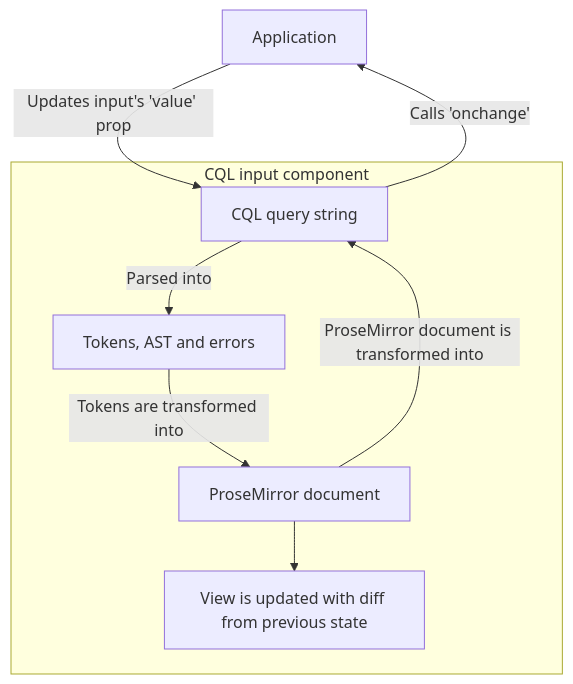
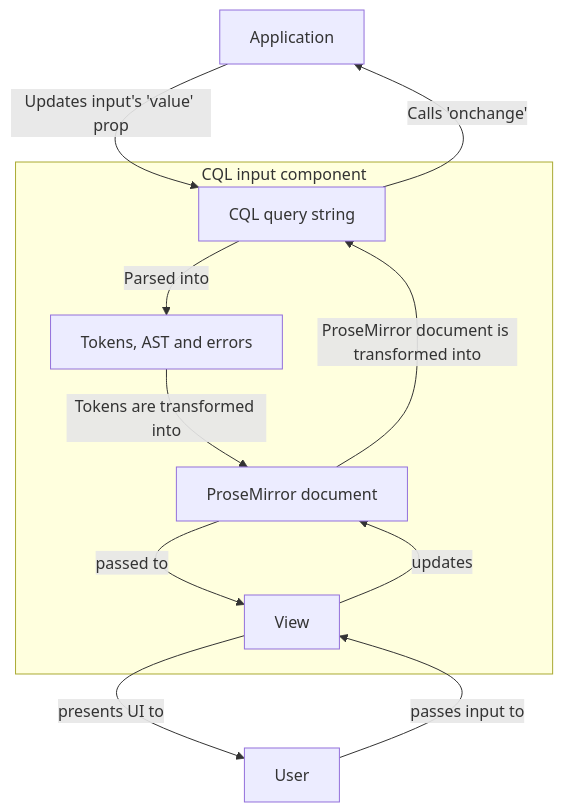
Before and after one commit to guardian/cql: the diagram in README.md, drawn with Mermaid.

````diff
--- a/README.md
+++ b/README.md
@@ -65,12 +65,16 @@
 ```mermaid
 flowchart TD
-  Z["Application"] --"Updates input's 'value' prop"--> A
-  A --"Calls 'onchange'"--> Z
-  subgraph "CQL input component"
-      A["CQL query string"]
-      A --"Parsed into"--> B["Tokens, AST and errors"]
-      B --"Tokens are transformed into"--> C["ProseMirror document"]
-      C --"ProseMirror document is transformed into"--> A
-      C --> E["View is updated with diff from previous state"]
-  end
+        Z["Application"] --"Updates input's 'value' prop"--> A
+        A --"Calls 'onchange'"--> Z
+        subgraph "CQL input component"
+            A["CQL query string"]
+            A --"Parsed into"--> B["Tokens, AST and errors"]
+            B --"Tokens are transformed into"--> C["ProseMirror document"]
+            C --"ProseMirror document is transformed into"--> A
+            C -- "passed to" --> E["View"]
+            E -- "updates" --> C
+
+        end
+        U["User"] -- "passes input to" --> E
+        E -- "presents UI to" --> U
 ```
````
